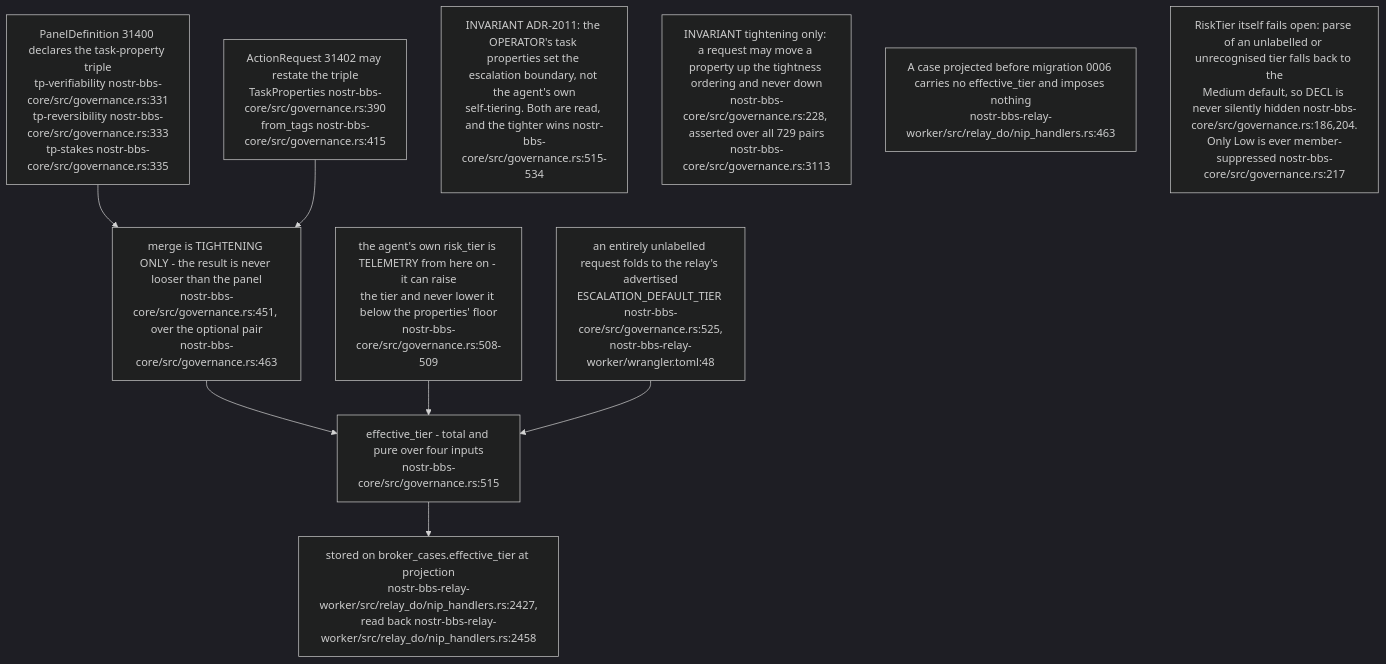
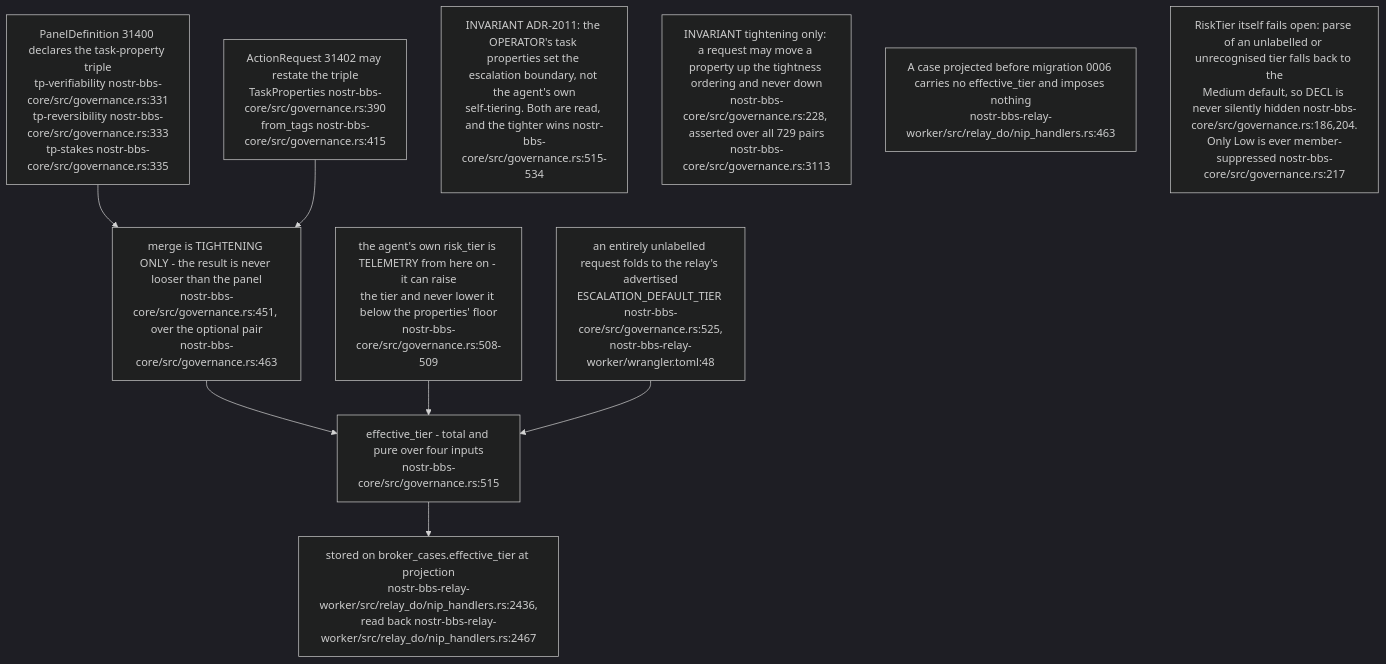
Before and after one commit to DreamLab-AI/VisionFlow: the tenth of 16 diagrams in docs/diagrams/nostr-rust-forum/06-agent-control-surface-31400-31405.md, drawn with Mermaid (dark theme). The commit also changed other lines of this file and 26 other files, not shown here.

First line of the commit message:
docs(diagrams): re-verify solid-pod-rs, nostr-rust-forum and visionclaw 22/36 against HEAD

````diff
--- a/docs/diagrams/nostr-rust-forum/06-agent-control-surface-31400-31405.md
+++ b/docs/diagrams/nostr-rust-forum/06-agent-control-surface-31400-31405.md
@@ -286,22 +286,22 @@
 ```mermaid
 flowchart TB
     PANEL["PanelDefinition 31400 declares the task-property triple<br/>tp-verifiability nostr-bbs-core/src/governance.rs:331<br/>tp-reversibility nostr-bbs-core/src/governance.rs:333<br/>tp-stakes nostr-bbs-core/src/governance.rs:335"]
     REQUEST["ActionRequest 31402 may restate the triple<br/>TaskProperties nostr-bbs-core/src/governance.rs:390<br/>from_tags nostr-bbs-core/src/governance.rs:415"]
     MERGE["merge is TIGHTENING ONLY - the result is never looser than the panel<br/>nostr-bbs-core/src/governance.rs:451, over the optional pair<br/>nostr-bbs-core/src/governance.rs:463"]
     TIER["effective_tier - total and pure over four inputs<br/>nostr-bbs-core/src/governance.rs:515"]
     DECL["the agent's own risk_tier is TELEMETRY from here on - it can raise<br/>the tier and never lower it below the properties' floor<br/>nostr-bbs-core/src/governance.rs:508-509"]
     DEF["an entirely unlabelled request folds to the relay's advertised<br/>ESCALATION_DEFAULT_TIER nostr-bbs-core/src/governance.rs:525,<br/>nostr-bbs-relay-worker/wrangler.toml:48"]
-    STORE["stored on broker_cases.effective_tier at projection<br/>nostr-bbs-relay-worker/src/relay_do/nip_handlers.rs:2427,<br/>read back nostr-bbs-relay-worker/src/relay_do/nip_handlers.rs:2458"]
+    STORE["stored on broker_cases.effective_tier at projection<br/>nostr-bbs-relay-worker/src/relay_do/nip_handlers.rs:2436,<br/>read back nostr-bbs-relay-worker/src/relay_do/nip_handlers.rs:2467"]
 
     PANEL --> MERGE
     REQUEST --> MERGE
     MERGE --> TIER
     DECL --> TIER
     DEF --> TIER
     TIER --> STORE
 
     N1["INVARIANT ADR-2011: the OPERATOR's task properties set the escalation boundary, not the agent's own<br/>self-tiering. Both are read, and the tighter wins nostr-bbs-core/src/governance.rs:515-534"]
     N2["INVARIANT tightening only: a request may move a property up the tightness ordering and never down<br/>nostr-bbs-core/src/governance.rs:228, asserted over all 729 pairs<br/>nostr-bbs-core/src/governance.rs:3113"]
     N3["A case projected before migration 0006 carries no effective_tier and imposes nothing<br/>nostr-bbs-relay-worker/src/relay_do/nip_handlers.rs:463"]
     N4["RiskTier itself fails open: parse of an unlabelled or unrecognised tier falls back to the<br/>Medium default, so DECL is never silently hidden nostr-bbs-core/src/governance.rs:186,204.<br/>Only Low is ever member-suppressed nostr-bbs-core/src/governance.rs:217"]
 ```
````
